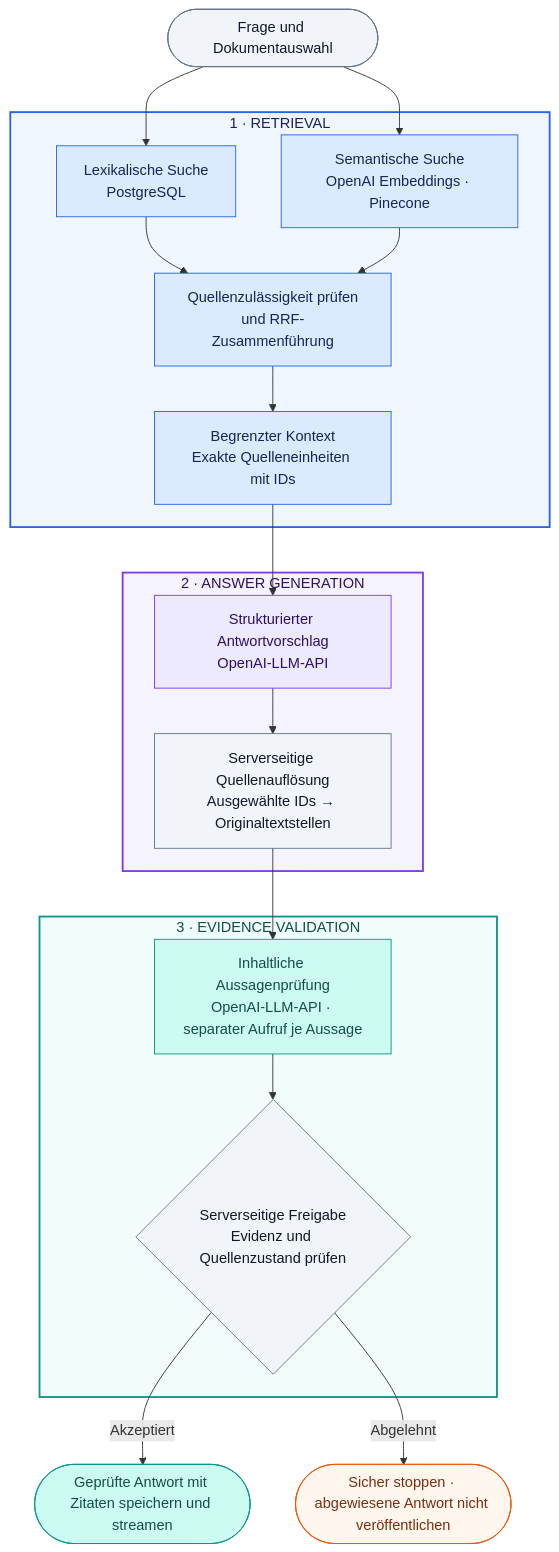
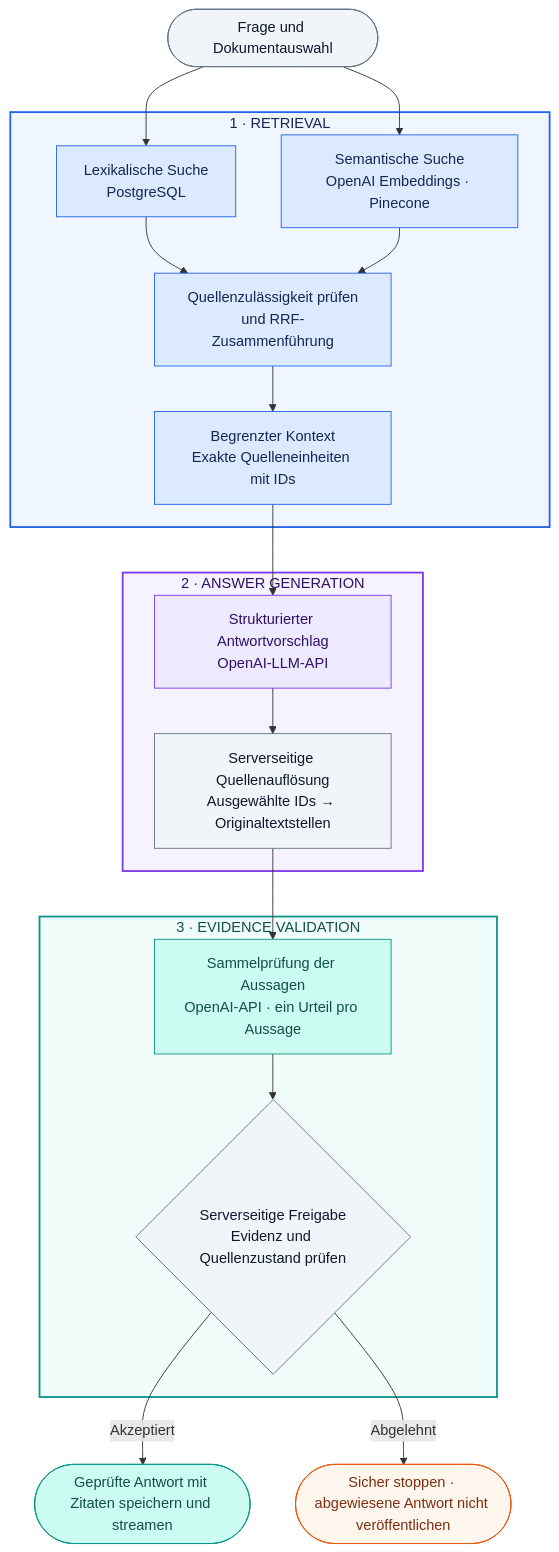
One commit to rnkraus/investment-research changed the diagram in README.de.md. Above: the diagram before and after it, drawn with Mermaid. The commit also changed other lines of this file and 2 other files, not shown here.

````diff
--- a/README.de.md
+++ b/README.de.md
@@ -118,38 +119,38 @@
 ```mermaid
 flowchart TB
     Q([Frage und Dokumentauswahl]) --> L
     Q --> E
 
     subgraph RET["1 · RETRIEVAL"]
         L["Lexikalische Suche<br/>PostgreSQL"] --> F["Quellenzulässigkeit prüfen<br/>und RRF-Zusammenführung"]
         E["Semantische Suche<br/>OpenAI Embeddings · Pinecone"] --> F
         F --> U["Begrenzter Kontext<br/>Exakte Quelleneinheiten mit IDs"]
     end
 
     subgraph GEN["2 · ANSWER GENERATION"]
         G["Strukturierter Antwortvorschlag<br/>OpenAI-LLM-API"] --> S["Serverseitige Quellenauflösung<br/>Ausgewählte IDs → Originaltextstellen"]
     end
 
     subgraph VAL["3 · EVIDENCE VALIDATION"]
-        V["Inhaltliche Aussagenprüfung<br/>OpenAI-LLM-API · separater Aufruf je Aussage"] --> R{"Serverseitige Freigabe<br/>Evidenz und Quellenzustand prüfen"}
+        V["Sammelprüfung der Aussagen<br/>OpenAI-API · ein Urteil pro Aussage"] --> R{"Serverseitige Freigabe<br/>Evidenz und Quellenzustand prüfen"}
     end
 
     U --> G
     S --> V
     R -->|Akzeptiert| A([Geprüfte Antwort mit Zitaten speichern und streamen])
     R -->|Abgelehnt| X([Sicher stoppen · abgewiesene Antwort nicht veröffentlichen])
 
     classDef retrieval fill:#dbeafe,stroke:#2563eb,color:#172554
     classDef generation fill:#ede9fe,stroke:#7c3aed,color:#2e1065
     classDef validation fill:#ccfbf1,stroke:#0d9488,color:#134e4a
     classDef server fill:#f1f5f9,stroke:#64748b,color:#0f172a
     classDef rejected fill:#fff7ed,stroke:#ea580c,color:#7c2d12
     class L,E,F,U retrieval
     class G generation
     class V,A validation
     class Q,S,R server
     class X rejected
     style RET fill:#eff6ff,stroke:#2563eb,stroke-width:2px,color:#172554
     style GEN fill:#f5f3ff,stroke:#7c3aed,stroke-width:2px,color:#2e1065
     style VAL fill:#f0fdfa,stroke:#0d9488,stroke-width:2px,color:#134e4a
 ```
````
